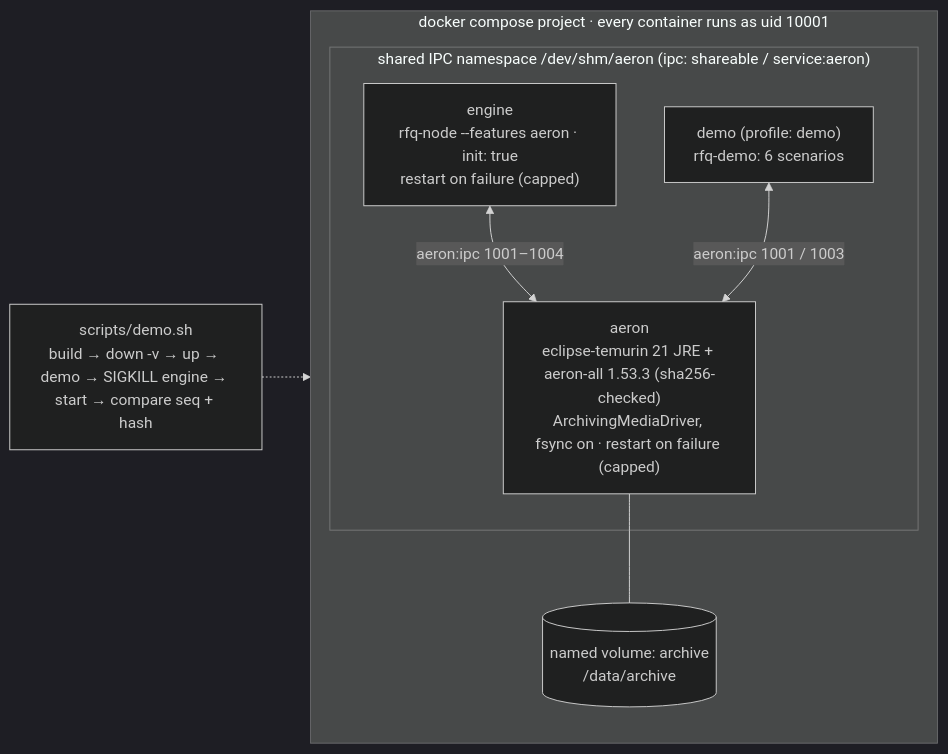
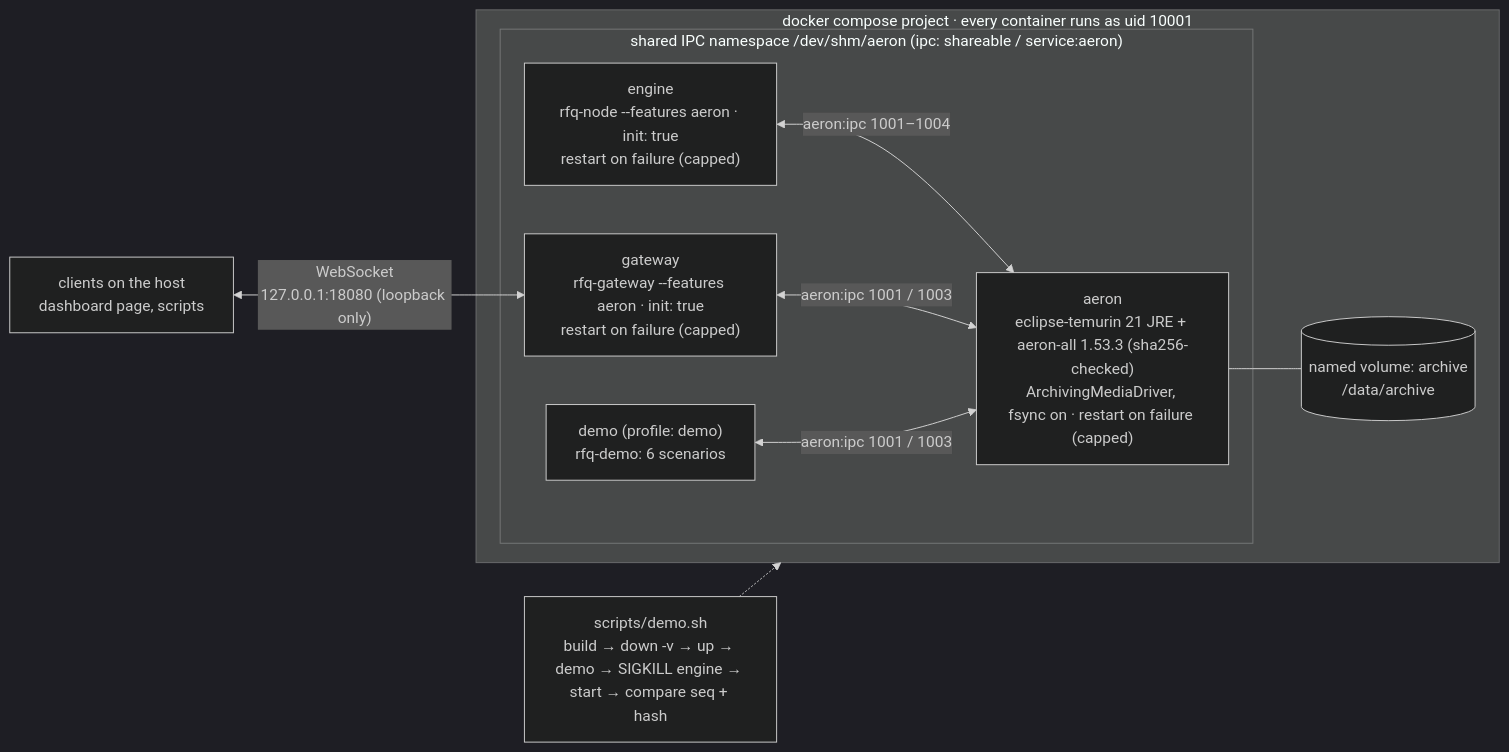
Before and after one commit to hmdsefi/rfq: the fifth of 7 diagrams in docs/architecture/overview.md, drawn with Mermaid (dark theme). The commit also changed other lines of this file and 3 other files, not shown here.

First line of the commit message:
docs: live dashboard section, gateway in the index and the architecture overview

````diff
--- a/docs/architecture/overview.md
+++ b/docs/architecture/overview.md
@@ -177,15 +185,18 @@
 ```mermaid
 flowchart LR
   subgraph PROJ["docker compose project · every container runs as uid 10001"]
     subgraph SHM["shared IPC namespace /dev/shm/aeron (ipc: shareable / service:aeron)"]
       AE["aeron<br/>eclipse-temurin 21 JRE + aeron-all 1.53.3 (sha256-checked)<br/>ArchivingMediaDriver, fsync on · restart on failure (capped)"]
       EN["engine<br/>rfq-node --features aeron · init: true<br/>restart on failure (capped)"]
+      GWS["gateway<br/>rfq-gateway --features aeron · init: true<br/>restart on failure (capped)"]
       DE["demo (profile: demo)<br/>rfq-demo: 6 scenarios"]
     end
     VOL[("named volume: archive<br/>/data/archive")]
   end
   AE --- VOL
   EN <-->|"aeron:ipc 1001–1004"| AE
+  GWS <-->|"aeron:ipc 1001 / 1003"| AE
+  CLI["clients on the host<br/>dashboard page, scripts"] <-->|"WebSocket<br/>127.0.0.1:18080 (loopback only)"| GWS
   DE <-->|"aeron:ipc 1001 / 1003"| AE
   SCRIPT["scripts/demo.sh<br/>build → down -v → up → demo → SIGKILL engine → start → compare seq + hash"] -.-> PROJ
 ```
````
